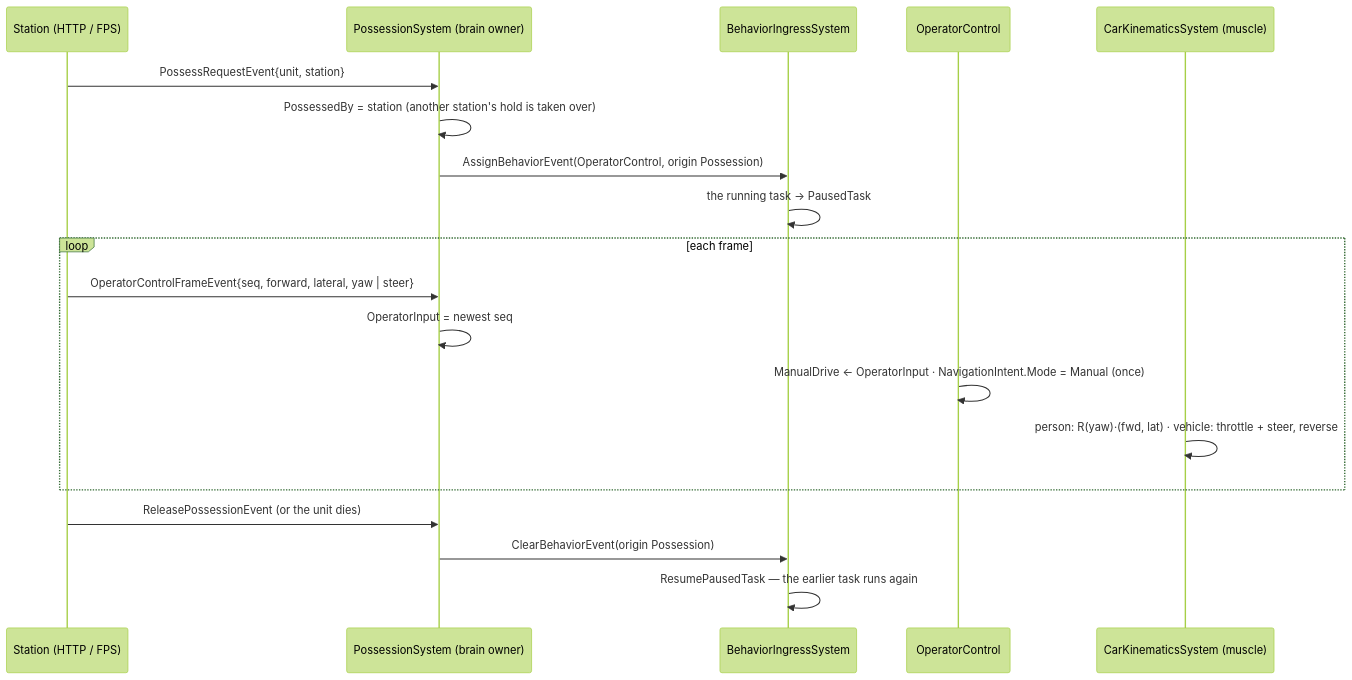
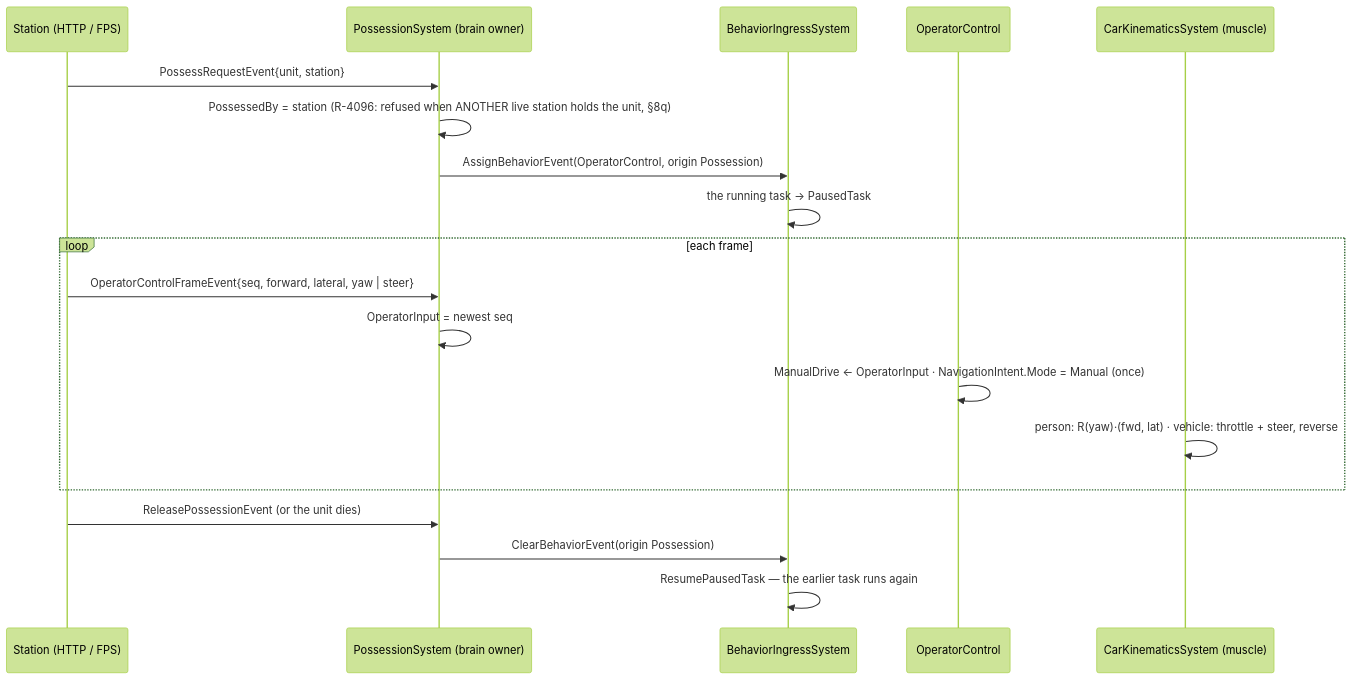
Before and after one commit to pjanec/HROT: diagram 11 of 53 in docs/DESIGN_Entity_Control.md, drawn with Mermaid (forest theme). The commit also changed other lines of this file and 12 other files, not shown here.

First line of the commit message:
R-4096 (C-3'): a player never takes another live player's unit or seat

````diff
--- a/docs/DESIGN_Entity_Control.md
+++ b/docs/DESIGN_Entity_Control.md
@@ -516,21 +516,21 @@
 ```mermaid
 sequenceDiagram
     participant S as Station (HTTP / FPS)
     participant P as PossessionSystem (brain owner)
     participant I as BehaviorIngressSystem
     participant C as OperatorControl
     participant K as CarKinematicsSystem (muscle)
     S->>P: PossessRequestEvent{unit, station}
-    P->>P: PossessedBy = station (another station's hold is taken over)
+    P->>P: PossessedBy = station (R-4096: refused when ANOTHER live station holds the unit, §8q)
     P->>I: AssignBehaviorEvent(OperatorControl, origin Possession)
     I->>I: the running task → PausedTask
     loop each frame
         S->>P: OperatorControlFrameEvent{seq, forward, lateral, yaw | steer}
         P->>P: OperatorInput = newest seq
         C->>C: ManualDrive ← OperatorInput · NavigationIntent.Mode = Manual (once)
         K->>K: person: R(yaw)·(fwd, lat) · vehicle: throttle + steer, reverse
     end
     S->>P: ReleasePossessionEvent (or the unit dies)
     P->>I: ClearBehaviorEvent(origin Possession)
     I->>I: ResumePausedTask — the earlier task runs again
 ```
````
